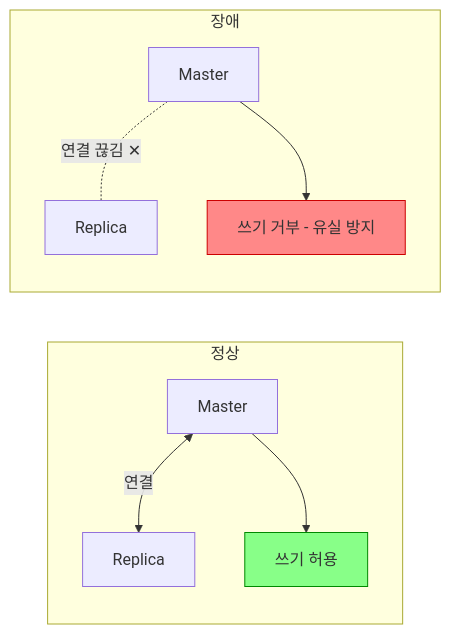
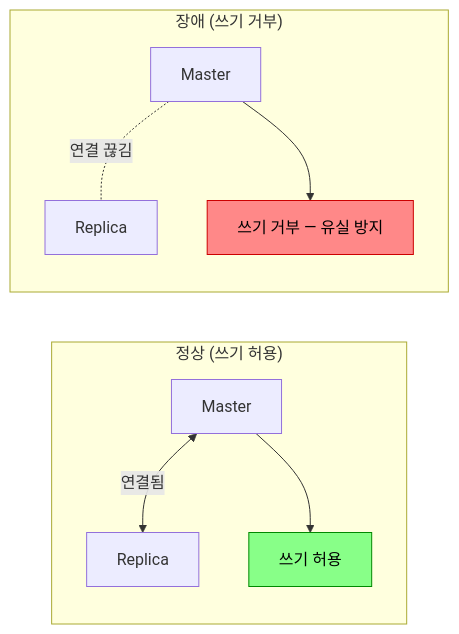
One commit to yjkim2015/yjkim2015.github.io changed the eighth of 9 diagrams in _posts/redis/2026-05-01-redis-replication.md. Above: the diagram before and after it, drawn with Mermaid. The commit also changed other lines of this file and 122 other files, not shown here.

````diff
--- a/_posts/redis/2026-05-01-redis-replication.md
+++ b/_posts/redis/2026-05-01-redis-replication.md
@@ -286,13 +189,13 @@
 ```mermaid
 graph LR
-    subgraph "정상"
-        M1[Master] <-->|연결| R1[Replica]
-        M1 --> W1[쓰기 허용]
+    subgraph "정상 (쓰기 허용)"
+        M1["Master"] <-->|"연결됨"| R1["Replica"]
+        M1 --> W1["쓰기 허용"]
     end
-    subgraph "장애"
-        M2[Master] -. 연결 끊김 ✕ .- R2[Replica]
-        M2 --> W2[쓰기 거부 - 유실 방지]
+    subgraph "장애 (쓰기 거부)"
+        M2["Master"] -. "연결 끊김" .- R2["Replica"]
+        M2 --> W2["쓰기 거부 — 유실 방지"]
     end
-    style W1 fill:#8f8,stroke:#080
-    style W2 fill:#f88,stroke:#c00
+    style W1 fill:#8f8,stroke:#080,color:#000
+    style W2 fill:#f88,stroke:#c00,color:#000
 ```
````
